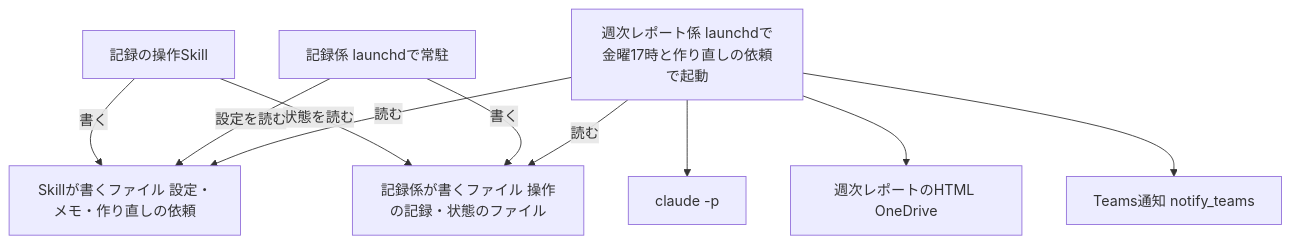
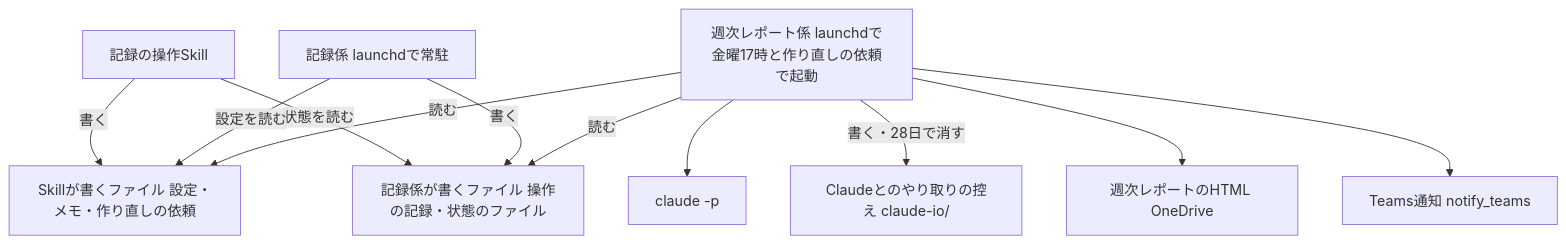
One commit to dnode-ryosuke-yamazaki/study changed the second of 2 diagrams in apps/routine-work-finder/specs/architecture.md. Above: the diagram before and after it, drawn with Mermaid. The commit also changed other lines of this file and 4 other files, not shown here.

````diff
--- a/apps/routine-work-finder/specs/architecture.md
+++ b/apps/routine-work-finder/specs/architecture.md
@@ -32,20 +32,22 @@
 ```mermaid
 flowchart TB
     skill["記録の操作Skill"]
     inputs["Skillが書くファイル 設定・メモ・作り直しの依頼"]
     records["記録係が書くファイル 操作の記録・状態のファイル"]
     recorder["記録係 launchdで常駐"]
     reporter["週次レポート係 launchdで金曜17時と作り直しの依頼で起動"]
     claude["claude -p"]
     html["週次レポートのHTML OneDrive"]
+    exchanges["Claudeとのやり取りの控え claude-io/"]
     notify["Teams通知 notify_teams"]
     skill -->|"書く"| inputs
     skill -->|"状態を読む"| records
     recorder -->|"設定を読む"| inputs
     recorder -->|"書く"| records
     reporter -->|"読む"| inputs
     reporter -->|"読む"| records
     reporter --> claude
+    reporter -->|"書く・28日で消す"| exchanges
     reporter --> html
     reporter --> notify
 ```
````
